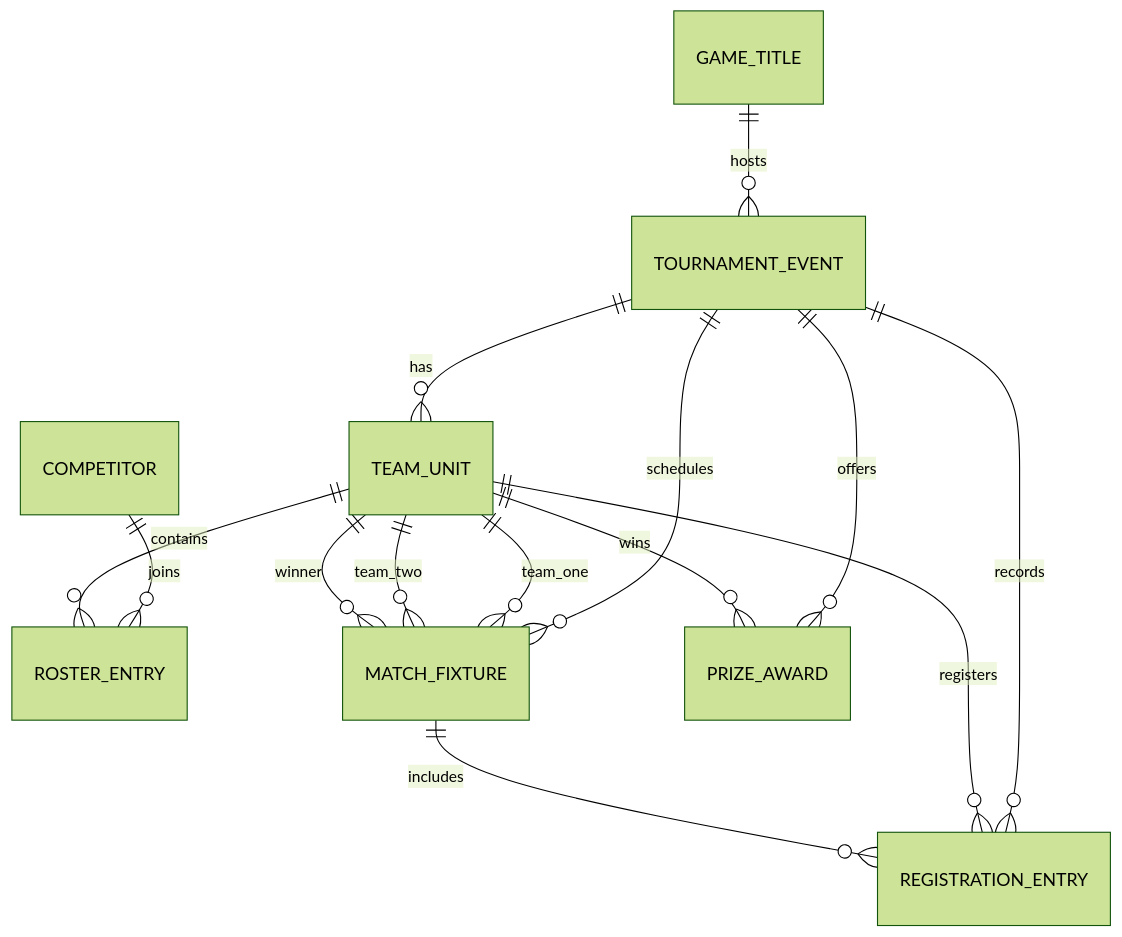
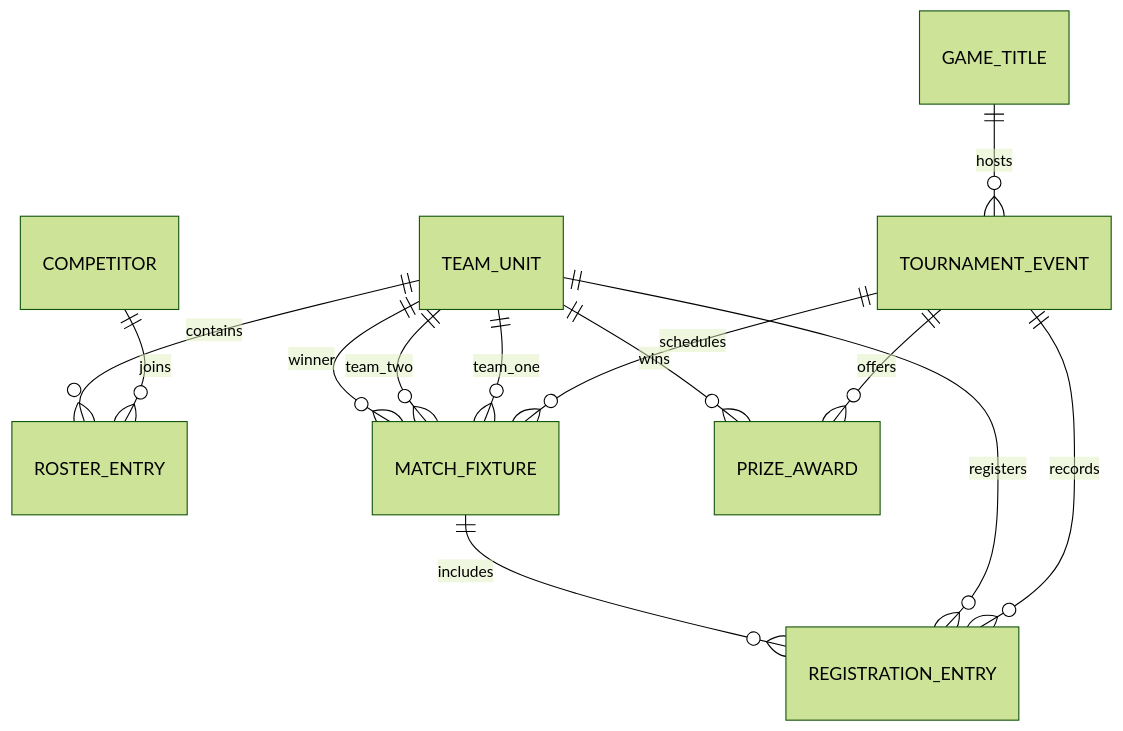
Before and after one commit to Haris617/esports-tournament-dbms: the diagram in docs/database_design.md, drawn with Mermaid (forest theme). The commit also changed other lines of this file, not shown here.

````diff
--- a/docs/database_design.md
+++ b/docs/database_design.md
@@ -38,16 +37,15 @@
 ```mermaid
 erDiagram
     GAME_TITLE ||--o{ TOURNAMENT_EVENT : hosts
-    TOURNAMENT_EVENT ||--o{ TEAM_UNIT : has
     COMPETITOR ||--o{ ROSTER_ENTRY : joins
     TEAM_UNIT ||--o{ ROSTER_ENTRY : contains
     TOURNAMENT_EVENT ||--o{ MATCH_FIXTURE : schedules
     TEAM_UNIT ||--o{ MATCH_FIXTURE : team_one
     TEAM_UNIT ||--o{ MATCH_FIXTURE : team_two
     TEAM_UNIT ||--o{ MATCH_FIXTURE : winner
     TOURNAMENT_EVENT ||--o{ REGISTRATION_ENTRY : records
     TEAM_UNIT ||--o{ REGISTRATION_ENTRY : registers
     MATCH_FIXTURE ||--o{ REGISTRATION_ENTRY : includes
     TOURNAMENT_EVENT ||--o{ PRIZE_AWARD : offers
     TEAM_UNIT ||--o{ PRIZE_AWARD : wins
 ```
````
